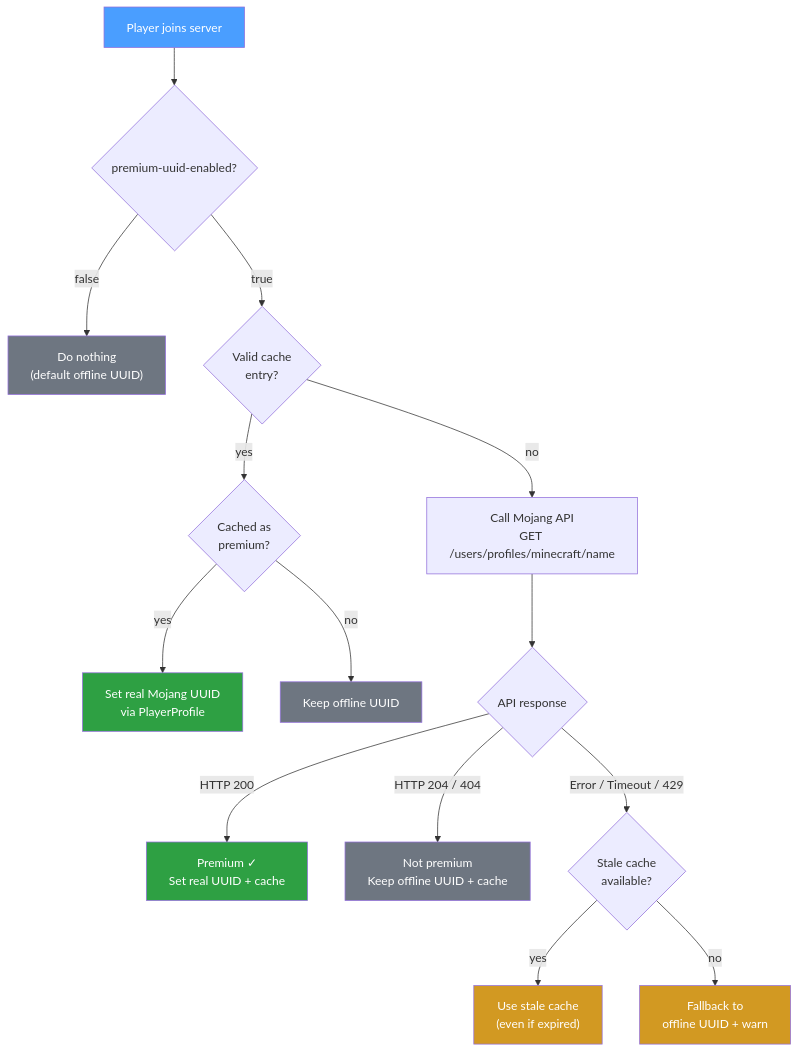
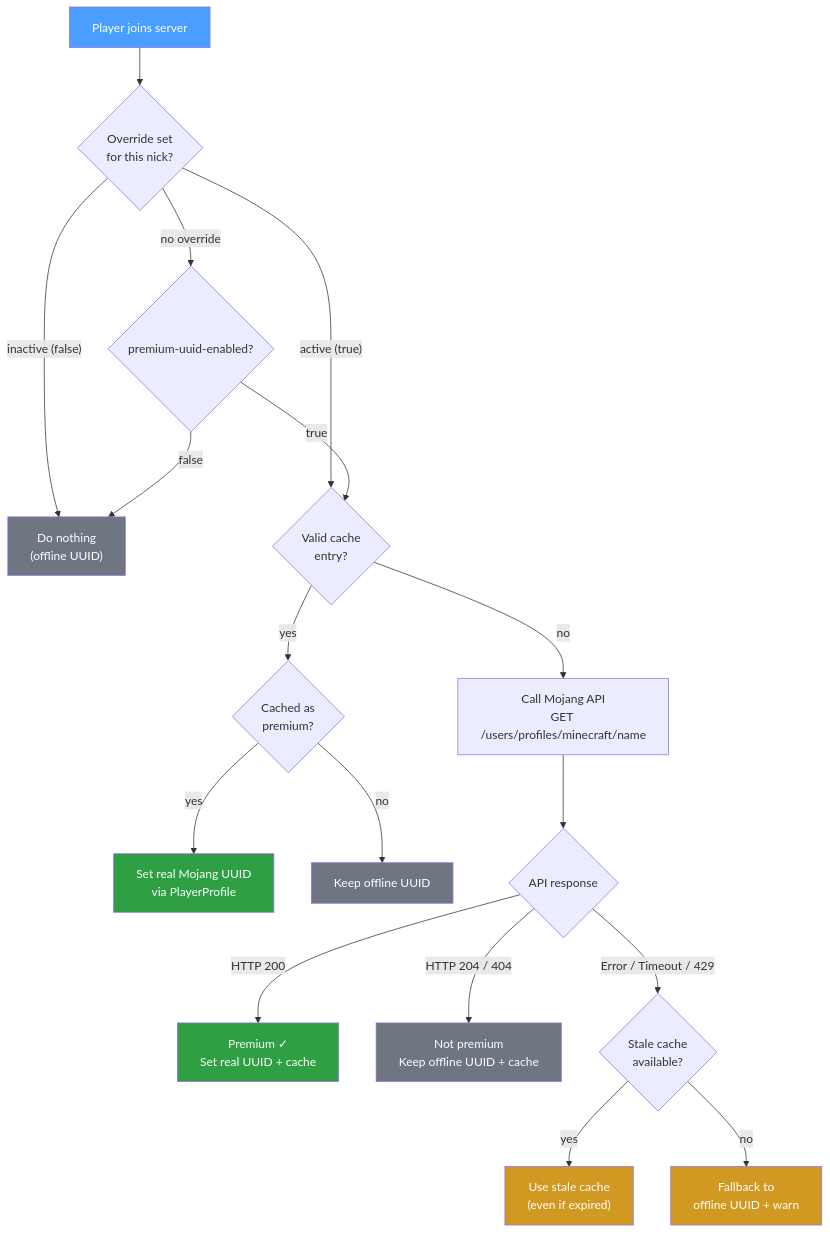
One commit to rouri404/premium-uuid changed the diagram in README.md. Above: the diagram before and after it, drawn with Mermaid. The commit also changed other lines of this file and 7 other files, not shown here.

````diff
--- a/README.md
+++ b/README.md
@@ -82,25 +105,28 @@
 ```mermaid
 flowchart TD
-    A["Player joins server"] --> B{"premium-uuid-enabled?"}
-    B -- "false" --> C["Do nothing\n(default offline UUID)"]
-    B -- "true" --> D{"Valid cache\nentry?"}
+    A["Player joins server"] --> OV{"Override set\nfor this nick?"}
+    OV -- "inactive (false)" --> C["Do nothing\n(offline UUID)"]
+    OV -- "active (true)" --> D{"Valid cache\nentry?"}
+    OV -- "no override" --> B{"premium-uuid-enabled?"}
+    B -- "false" --> C
+    B -- "true" --> D
     D -- "yes" --> E{"Cached as\npremium?"}
     E -- "yes" --> F["Set real Mojang UUID\nvia PlayerProfile"]
     E -- "no" --> G["Keep offline UUID"]
     D -- "no" --> H["Call Mojang API\nGET /users/profiles/minecraft/name"]
     H --> I{"API response"}
     I -- "HTTP 200" --> J["Premium ✓\nSet real UUID + cache"]
     I -- "HTTP 204 / 404" --> K["Not premium\nKeep offline UUID + cache"]
     I -- "Error / Timeout / 429" --> L{"Stale cache\navailable?"}
     L -- "yes" --> M["Use stale cache\n(even if expired)"]
     L -- "no" --> N["Fallback to\noffline UUID + warn"]
 
     style A fill:#4a9eff,color:#fff
     style F fill:#2ea043,color:#fff
     style J fill:#2ea043,color:#fff
     style G fill:#6e7681,color:#fff
     style K fill:#6e7681,color:#fff
     style N fill:#d29922,color:#fff
     style M fill:#d29922,color:#fff
     style C fill:#6e7681,color:#fff
 ```
````
